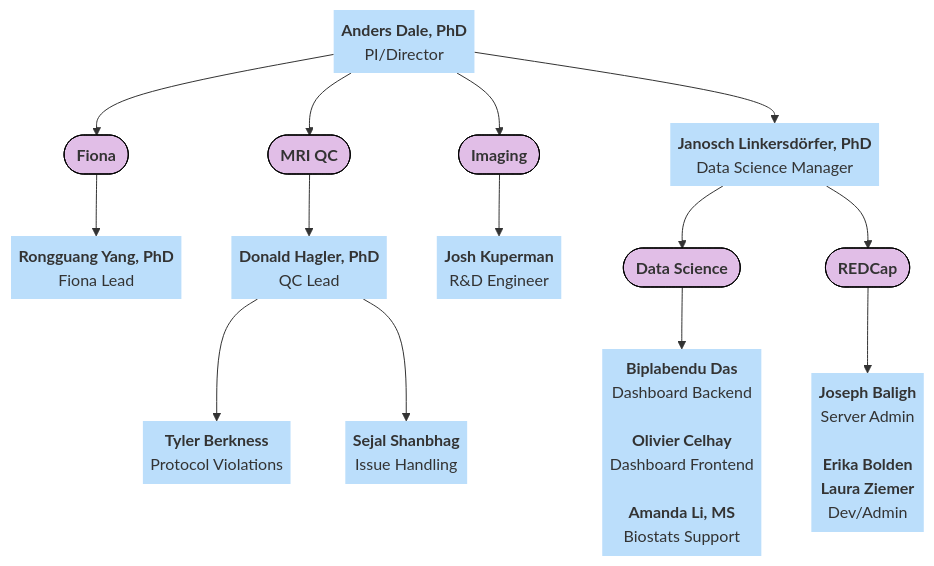
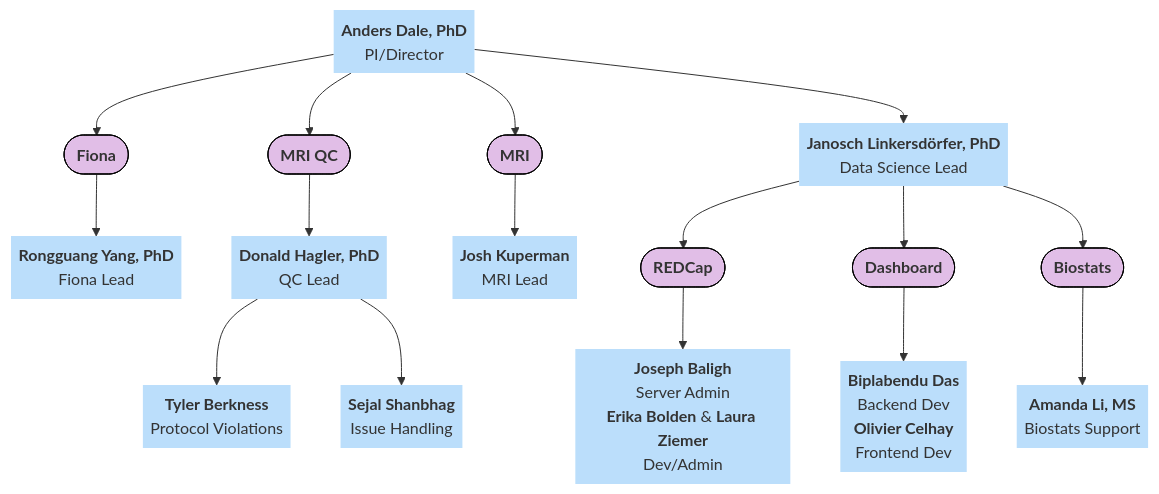
The eighth of 9 diagrams in docs/orgcharts.md (DCAN-Labs/hbcd-docs-internal), drawn with Mermaid before and after one commit.

Commit message:
clean up UCSD further

````diff
--- a/docs/orgcharts.md
+++ b/docs/orgcharts.md
@@ -443,40 +443,42 @@
 ```mermaid
 ---
 config:
   layout: dagre
 ---
 flowchart TB
-    A["<b>Anders Dale, PhD</b><br>PI/Director"] --> n1(["<b>Fiona</b>"]) & n2(["<b>MRI QC</b>"]) & n3(["<b>Imaging</b>"]) & n4["<b>Janosch Linkersdörfer, PhD</b><br>Data Science Manager"]
-    n4 --> n5(["<b>Data Science</b>"]) & n6(["<b>REDCap</b>"])
+    A["<b>Anders Dale, PhD</b><br>PI/Director"] --> n1(["<b>Fiona</b>"]) & n2(["<b>MRI QC</b>"]) & n3(["<b>MRI</b>"]) & n4["<b>Janosch Linkersdörfer, PhD</b><br>Data Science Lead"]
+    n4 --> n6(["<b>REDCap</b>"]) & n15(["<b>Dashboard</b>"]) & n16(["<b>Biostats</b>"])
     n1 --> n8["<b>Rongguang Yang, PhD</b><br>Fiona Lead<br>"]
     n2 --> n9["<b>Donald Hagler, PhD</b><br>QC Lead<br>"]
-    n3 --> n10["<b>Josh Kuperman</b><br>R&amp;D Engineer"]
-    n5 --> n11@{ label: "<b>Biplabendu Das</b><br>Dashboard Backend<br>\n    <b>Olivier Celhay</b>\n    Dashboard Frontend<br><br><span style=\"--tw-scale-x:\"><b><span style=\"--tw-scale-x:\">Amanda Li, MS</span><br style=\"--tw-scale-x:\"></b></span><span style=\"--tw-scale-x:\">Biostats Support</span>" }
-    n6 --> n12["<b>Joseph Baligh</b><br>Server Admin<br>
-    <b>Erika Bolden</b>
-    <b>Laura Ziemer</b><br>Dev/Admin"]
+    n3 --> n10["<b>Josh Kuperman</b><br>MRI Lead"]
+    n6 --> n12["<b>Joseph Baligh</b><br>Server Admin<br><b>Erika Bolden</b> &amp; <b>Laura Ziemer</b><br>Dev/Admin"]
     n9 --> n13@{ label: "<span style=\"--tw-scale-x:\"><b>Tyler Berkness<br></b></span><span style=\"background-color:\">Protocol Violations</span><br>" } & n14@{ label: "<span style=\"--tw-scale-x:\"><b>Sejal Shanbhag<br style=\"--tw-scale-x:\"></b></span><span style=\"--tw-scale-x:\">Issue Handling</span>" }
+    n15 --> n17@{ label: "<span style=\"--tw-scale-x:\"><b>Biplabendu Das</b><br>Backend Dev<br></span><span style=\"--tw-scale-x:\"><b>Olivier Celhay</b><br></span><span style=\"background-color:\">Frontend Dev</span>" }
+    n16 --> n18@{ label: "<span style=\"--tw-scale-x:\"><span style=\"--tw-scale-x:\"><b><span style=\"--tw-scale-x:\">Amanda Li, MS</span><br style=\"--tw-scale-x:\"></b></span></span><span style=\"--tw-scale-x:\">Biostats Support</span>" }
     A@{ shape: text}
     n4@{ shape: text}
     n8@{ shape: text}
     n9@{ shape: text}
     n10@{ shape: text}
-    n11@{ shape: text}
     n12@{ shape: text}
     n13@{ shape: text}
     n14@{ shape: text}
+    n17@{ shape: text}
+    n18@{ shape: text}
     style A fill:#BBDEFB
     style n1 fill:#E1BEE7,stroke:#000000
     style n2 stroke:#000000,fill:#E1BEE7
     style n3 stroke:#000000,fill:#E1BEE7
     style n4 fill:#BBDEFB
-    style n5 stroke:#000000,fill:#E1BEE7
     style n6 stroke:#000000,fill:#E1BEE7
+    style n15 fill:#E1BEE7,stroke:#000000
+    style n16 fill:#E1BEE7,stroke:#000000
     style n8 fill:#BBDEFB
     style n9 fill:#BBDEFB
     style n10 fill:#BBDEFB
-    style n11 fill:#BBDEFB
     style n12 fill:#BBDEFB
     style n13 fill:#BBDEFB
     style n14 fill:#BBDEFB
+    style n17 fill:#BBDEFB
+    style n18 fill:#BBDEFB
 ```
````
